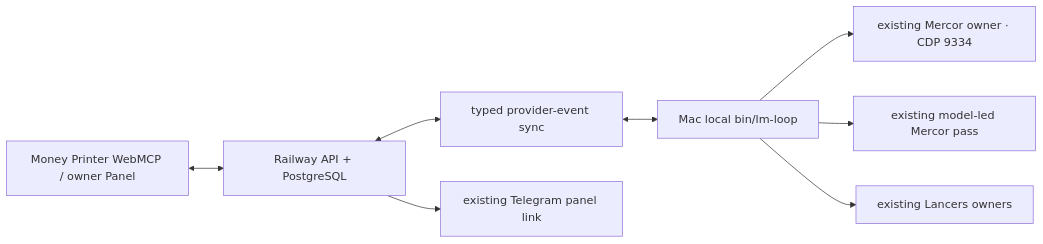
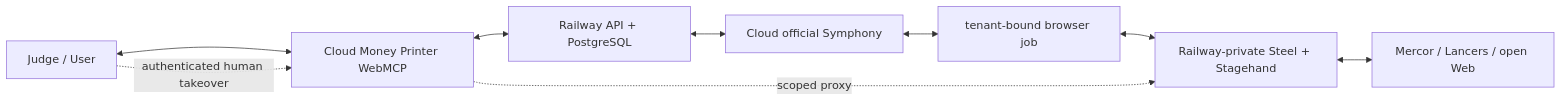
Before and after one commit to Daisuke134/anicca: the first of 2 diagrams in docs/superpowers/specs/2026-08-28-webmcp-challenge-winning-contract.md, drawn with Mermaid. The commit also changed other lines of this file, not shown here.

Commit message:
docs: make Money Printer a cloud-complete Symphony product

````diff
--- a/docs/superpowers/specs/2026-08-28-webmcp-challenge-winning-contract.md
+++ b/docs/superpowers/specs/2026-08-28-webmcp-challenge-winning-contract.md
@@ -470,10 +474,11 @@
 ```mermaid
 flowchart LR
-  MP[Money Printer WebMCP / owner Panel] <--> API[Railway API + PostgreSQL]
-  API <--> SYNC[typed provider-event sync]
-  SYNC <--> LM[Mac local bin/lm-loop]
-  LM --> MB[existing Mercor owner · CDP 9334]
-  LM --> MA[existing model-led Mercor pass]
-  LM --> LB[existing Lancers owners]
-  API --> TG[existing Telegram panel link]
+  U[Judge / User] <--> MP[Cloud Money Printer WebMCP]
+  MP <--> API[Railway API + PostgreSQL]
+  API <--> SYM[Cloud official Symphony]
+  SYM <--> BJ[tenant-bound browser job]
+  BJ <--> ST[Railway-private Steel + Stagehand]
+  ST <--> MER[Mercor / Lancers / open Web]
+  U -. authenticated human takeover .-> MP
+  MP -. scoped proxy .-> ST
 ```
````
